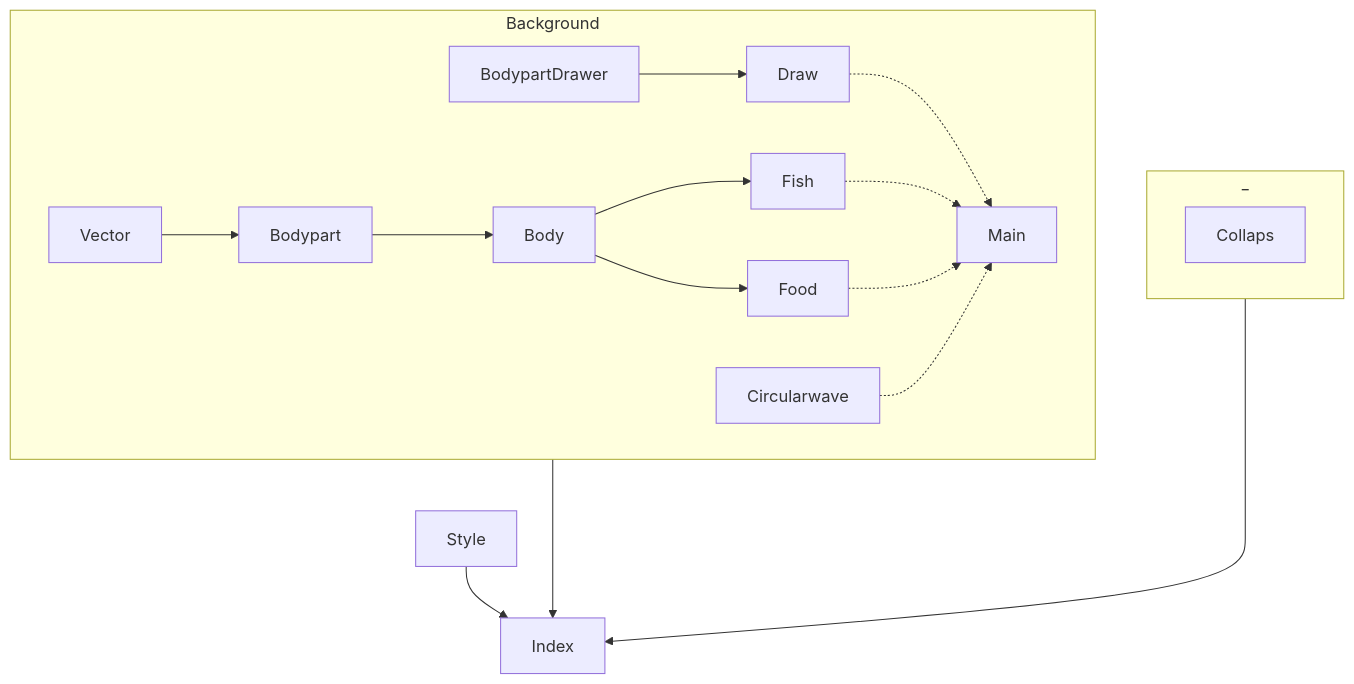
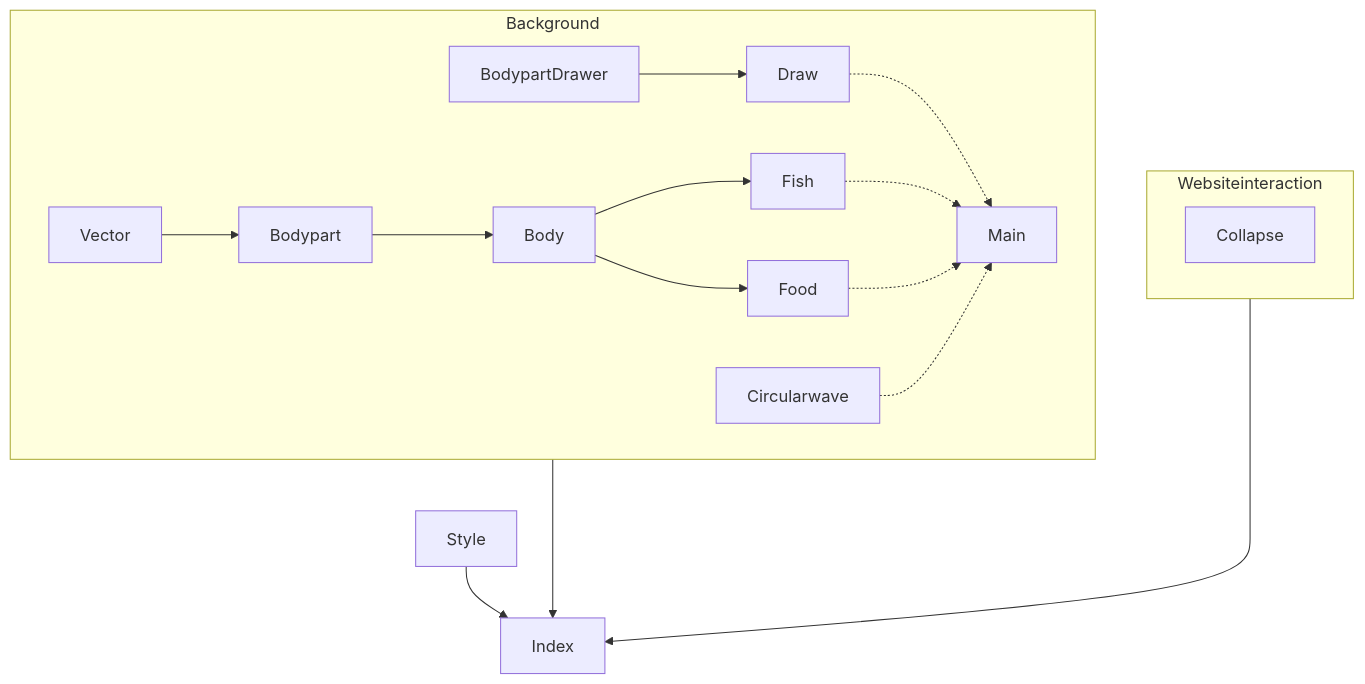
One commit to StefansCode/Website changed the diagram in README.md. Above: the diagram before and after it, drawn with Mermaid.

Commit message:
fix: fix links in the README

````diff
--- a/README.md
+++ b/README.md
@@ -10,40 +10,41 @@
 ```mermaid
 flowchart TD;
 		
 		subgraph Background
     Vector --> Bodypart --> Body;
     Body --> Fish;
     Body --> Food;
     
 	BodypartDrawer  --> Draw;
     Draw -.-> Main
 		Fish -.-> Main;
 		Food -.-> Main;
 		Circularwave -.-> Main
 		end
 
-		subgraph sg1[_]
-		Collaps;
+		subgraph sg1[Websiteinteraction]
+		Collapse;
 		end
 
 		Style;
 		
 		Background ---> Index;
 		Style --> Index
 		sg1 ---> Index;
 
 click Vector "https://github.com/StefansCode/Website/blob/main/Fishbackground/vector.js"
 click Bodypart "https://github.com/StefansCode/Website/blob/main/Fishbackground/bodypart.js"
+click BodypartDrawer "https://github.com/StefansCode/Website/blob/main/Fishbackground/BodypartDrawer.js"
 click Body "https://github.com/StefansCode/Website/blob/main/Fishbackground/body.js"
 click Fish "https://github.com/StefansCode/Website/blob/main/Fishbackground/fish.js"
 click Food "https://github.com/StefansCode/Website/blob/main/Fishbackground/food.js"
 click Draw "https://github.com/StefansCode/Website/blob/main/Fishbackground/draw.js"
 click Circularwave "https://github.com/StefansCode/Website/blob/main/Fishbackground/circularwave.js"
 click Main "https://github.com/StefansCode/Website/blob/main/Fishbackground/main.js"
 
 click Collapse "https://github.com/StefansCode/Website/blob/main/collapse.js"
 
 click Style "https://github.com/StefansCode/Website/blob/main/styles.css"
 
 click Index "https://github.com/StefansCode/Website/blob/main/index.html"
 ```
````
